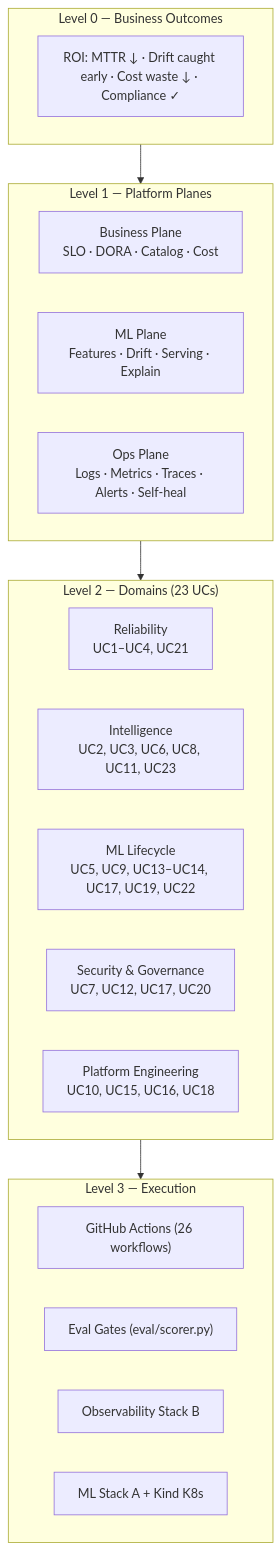
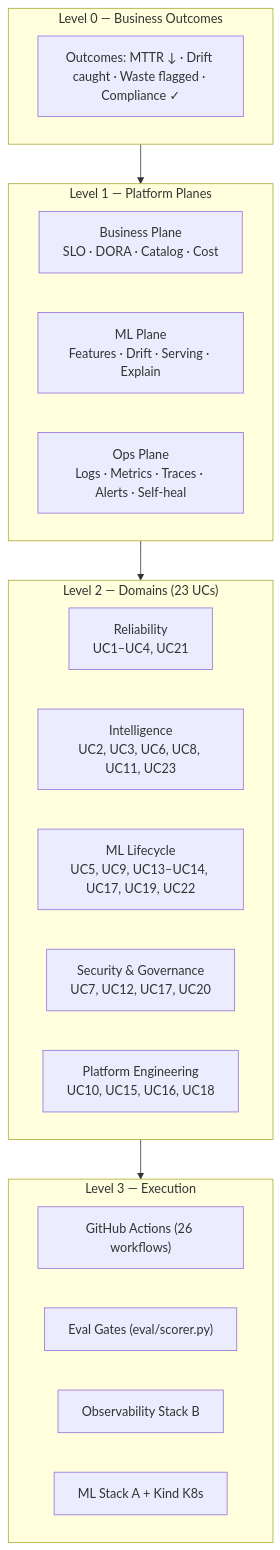
Before and after one commit to sanjeev0120test/observable-mlops-platform: the first of 26 diagrams in README.md, drawn with Mermaid. The commit also changed other lines of this file, not shown here.

First line of the commit message:
docs: replace assumed dollar ROI with CI-verified use case evidence tables

````diff
--- a/README.md
+++ b/README.md
@@ -75,31 +75,31 @@
 ```mermaid
 flowchart TB
     subgraph L0["Level 0 — Business Outcomes"]
-        ROI["ROI: MTTR ↓ · Drift caught early · Cost waste ↓ · Compliance ✓"]
+        OUT["Outcomes: MTTR ↓ · Drift caught · Waste flagged · Compliance ✓"]
     end
 
     subgraph L1["Level 1 — Platform Planes"]
         BP["Business Plane<br/>SLO · DORA · Catalog · Cost"]
         MP["ML Plane<br/>Features · Drift · Serving · Explain"]
         OP["Ops Plane<br/>Logs · Metrics · Traces · Alerts · Self-heal"]
     end
 
     subgraph L2["Level 2 — Domains (23 UCs)"]
         D1["Reliability<br/>UC1–UC4, UC21"]
         D2["Intelligence<br/>UC2, UC3, UC6, UC8, UC11, UC23"]
         D3["ML Lifecycle<br/>UC5, UC9, UC13–UC14, UC17, UC19, UC22"]
         D4["Security & Governance<br/>UC7, UC12, UC17, UC20"]
         D5["Platform Engineering<br/>UC10, UC15, UC16, UC18"]
     end
 
     subgraph L3["Level 3 — Execution"]
         CI["GitHub Actions (26 workflows)"]
         EV["Eval Gates (eval/scorer.py)"]
         OB["Observability Stack B"]
         ML["ML Stack A + Kind K8s"]
     end
 
     L0 --> L1
     L1 --> L2
     L2 --> L3
 ```
````
